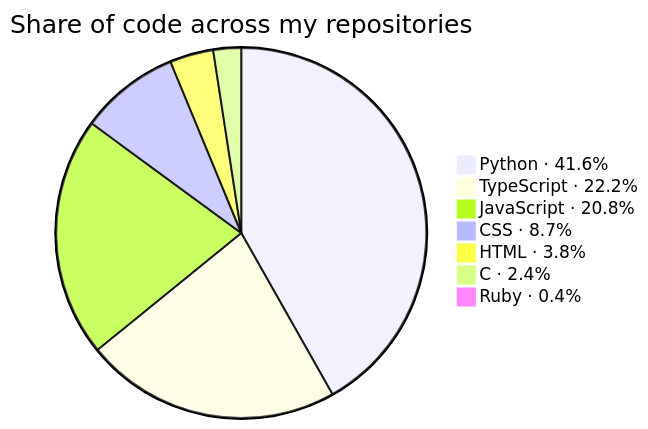
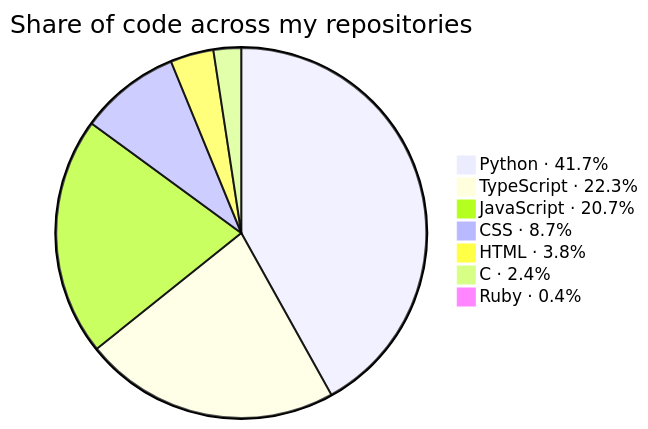
Before and after one commit to KathFK1234/KathFK1234: the second of 3 diagrams in README.md, drawn with Mermaid. The commit also changed other lines of this file and 4 other files, not shown here.

````diff
--- a/README.md
+++ b/README.md
@@ -109,11 +109,11 @@
 ```mermaid
 %%{init: {"themeVariables": {"pieSectionTextSize": "0px"}}}%%
 pie title Share of code across my repositories
-    "Python · 41.6%" : 1077.7
-    "TypeScript · 22.2%" : 575.7
-    "JavaScript · 20.8%" : 539.5
-    "CSS · 8.7%" : 224.2
+    "Python · 41.7%" : 1088.9
+    "TypeScript · 22.3%" : 580.3
+    "JavaScript · 20.7%" : 540.5
+    "CSS · 8.7%" : 227.5
     "HTML · 3.8%" : 98.1
     "C · 2.4%" : 62.7
     "Ruby · 0.4%" : 10.1
 ```
````
